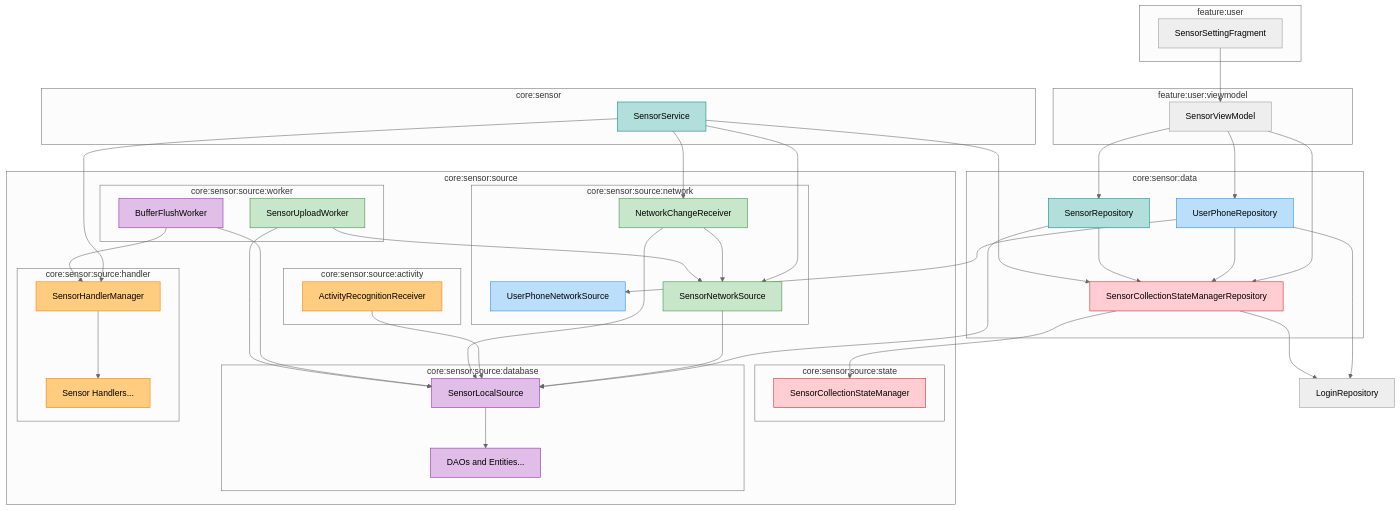
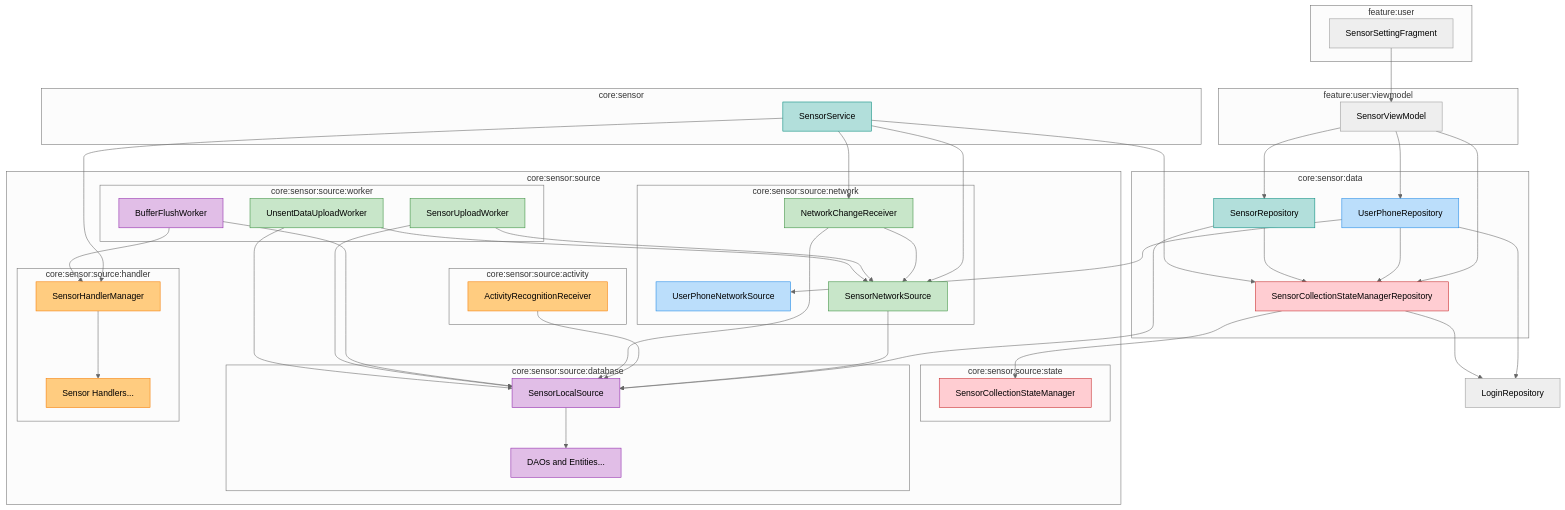
One commit to cambridge-cares/TheWorldAvatar changed the first of 5 diagrams in Apps/TimelineApp/core/sensor/README.md. Above: the diagram before and after it, drawn with Mermaid (neutral theme). The commit also changed other lines of this file, not shown here.

Commit message:
1530-update-timeline-app-documentation: update sensor module architecture

```diff
--- a/Apps/TimelineApp/core/sensor/README.md
+++ b/Apps/TimelineApp/core/sensor/README.md
@@ -69,6 +69,7 @@
         subgraph core_sensor_source_worker[core:sensor:source:worker]
             bfw[BufferFlushWorker]
             suw[SensorUploadWorker]
+            uduw[UnsentDataUploadWorker] 
         end
     end
 
@@ -117,6 +118,9 @@
     suw --> sns
     suw --> sls
 
+    uduw --> sns
+    uduw --> sls
+
     sls --> dao
 
 
@@ -124,7 +128,7 @@
     class upns,upr UserPhone
 
     classDef Network fill:#C8E6C9,stroke:#388E3C;
-    class ncr,sns,suw Network
+    class ncr,sns,suw,uduw Network
 
     classDef Local fill:#E1BEE7,stroke:#8E24AA;
     class bfw,sls,dao Local
```
